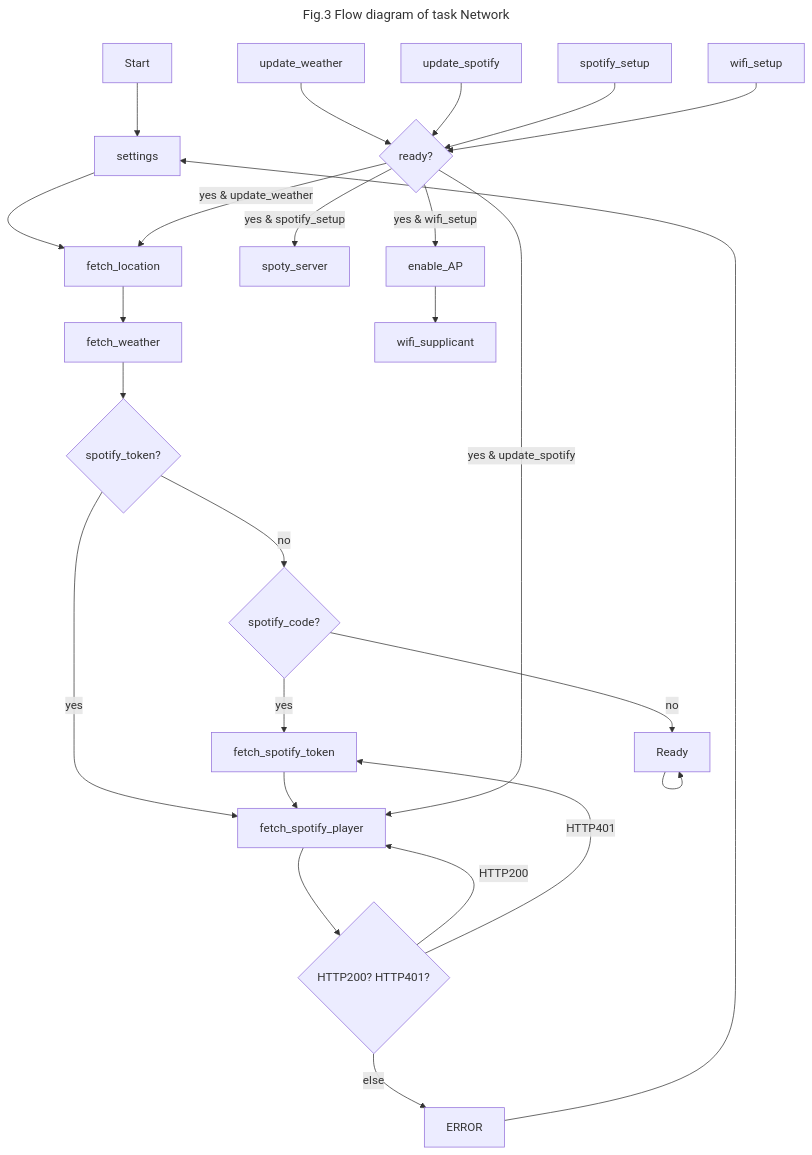
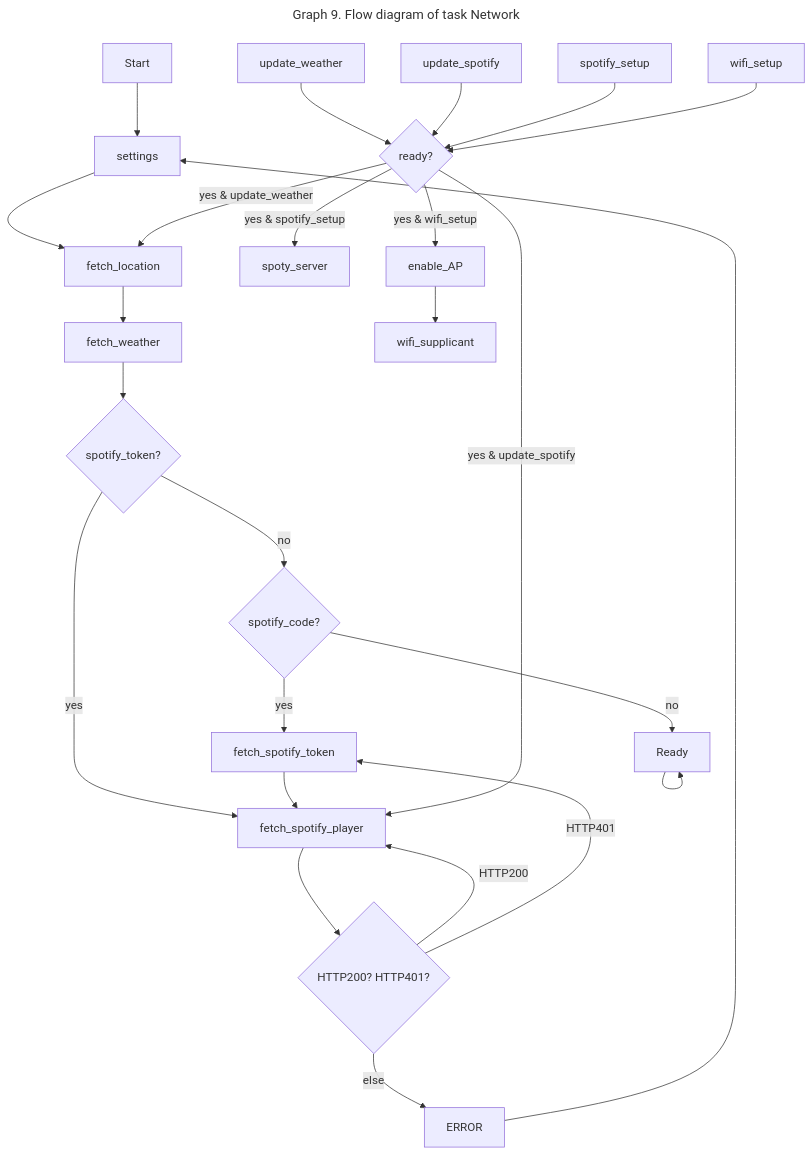
One commit to ckevar/ErikaOS-OnlineWeatherStation changed the ninth of 10 diagrams in README.md. Above: the diagram before and after it, drawn with Mermaid. The commit also changed other lines of this file, not shown here.

````diff
--- a/README.md
+++ b/README.md
@@ -135,39 +428,39 @@
-  ```mermaid
-  ---
-  title: 'Fig.3 Flow diagram of task Network'
-  ---
-  flowchart TD
-  
-  Start --> settings
-  settings --> fetch_location
-  fetch_location --> fetch_weather
-  fetch_weather --> token{spotify_token?}
-  ERROR --> settings
-  
-  token -- no --> code{spotify_code?}
-  token -- yes --> fetch_spotify_player
-  
-  code -- yes --> fetch_spotify_token
-  code -- no --> Ready
-  
-  fetch_spotify_token --> fetch_spotify_player
-  fetch_spotify_player --> http_code{HTTP200? HTTP401?}
-  
-  http_code -- HTTP200 --> fetch_spotify_player
-  http_code -- HTTP401 --> fetch_spotify_token
-  http_code -- else --> ERROR
-  
-  
-  Ready --> Ready
-  update_weather --> ready{ready?}
-  ready -- yes & update_weather --> fetch_location
-  ready -- yes & update_spotify --> fetch_spotify_player
-  update_spotify --> ready
-  
-  spotify_setup --> ready
-  ready -- yes & spotify_setup --> spoty_server
-  
-  wifi_setup --> ready
-  ready -- yes & wifi_setup --> enable_AP
-  enable_AP --> wifi_supplicant
-  ```
+```mermaid
+---
+title: 'Graph 9. Flow diagram of task Network'
+---
+flowchart TD
+
+Start --> settings
+settings --> fetch_location
+fetch_location --> fetch_weather
+fetch_weather --> token{spotify_token?}
+ERROR --> settings
+
+token -- no --> code{spotify_code?}
+token -- yes --> fetch_spotify_player
+
+code -- yes --> fetch_spotify_token
+code -- no --> Ready
+
+fetch_spotify_token --> fetch_spotify_player
+fetch_spotify_player --> http_code{HTTP200? HTTP401?}
+
+http_code -- HTTP200 --> fetch_spotify_player
+http_code -- HTTP401 --> fetch_spotify_token
+http_code -- else --> ERROR
+
+
+Ready --> Ready
+update_weather --> ready{ready?}
+ready -- yes & update_weather --> fetch_location
+ready -- yes & update_spotify --> fetch_spotify_player
+update_spotify --> ready
+
+spotify_setup --> ready
+ready -- yes & spotify_setup --> spoty_server
+
+wifi_setup --> ready
+ready -- yes & wifi_setup --> enable_AP
+enable_AP --> wifi_supplicant
+```
````
